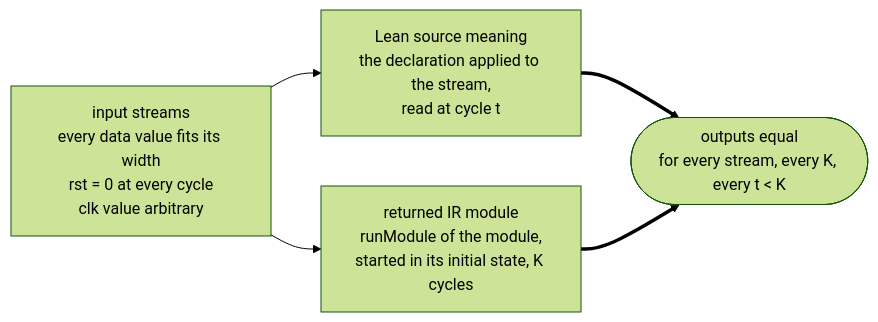
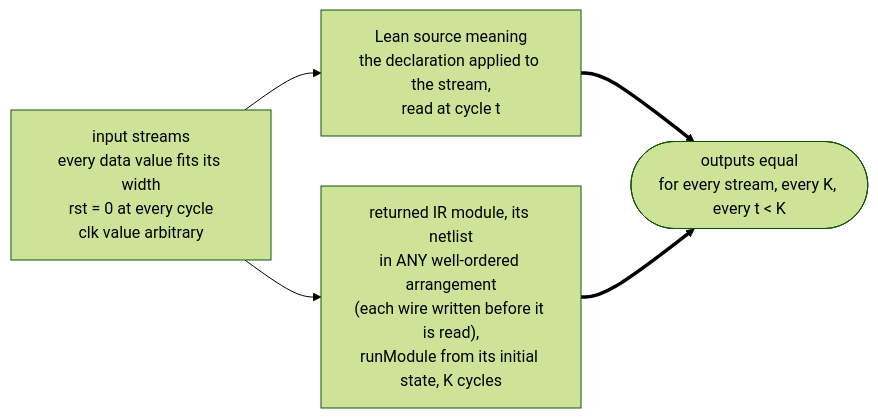
One commit to Verilean/sparkle changed the first of 4 diagrams in docs/research/ProofFriendlyCircuits.md. Above: the diagram before and after it, drawn with Mermaid (forest theme). The commit also changed other lines of this file and 1 other file, not shown here.

````diff
--- a/docs/research/ProofFriendlyCircuits.md
+++ b/docs/research/ProofFriendlyCircuits.md
@@ -73,11 +73,11 @@
 ```mermaid
 flowchart LR
   ins["input streams<br/>every data value fits its width<br/>rst = 0 at every cycle<br/>clk value arbitrary"]
   src["Lean source meaning<br/>the declaration applied to the stream,<br/>read at cycle t"]
-  ir["returned IR module<br/>runModule of the module,<br/>started in its initial state, K cycles"]
+  ir["returned IR module, its netlist<br/>in ANY well-ordered arrangement<br/>(each wire written before it is read),<br/>runModule from its initial state, K cycles"]
   eq(["outputs equal<br/>for every stream, every K, every t &lt; K"])
   ins --> src
   ins --> ir
   src ==> eq
   ir ==> eq
 ```
````
